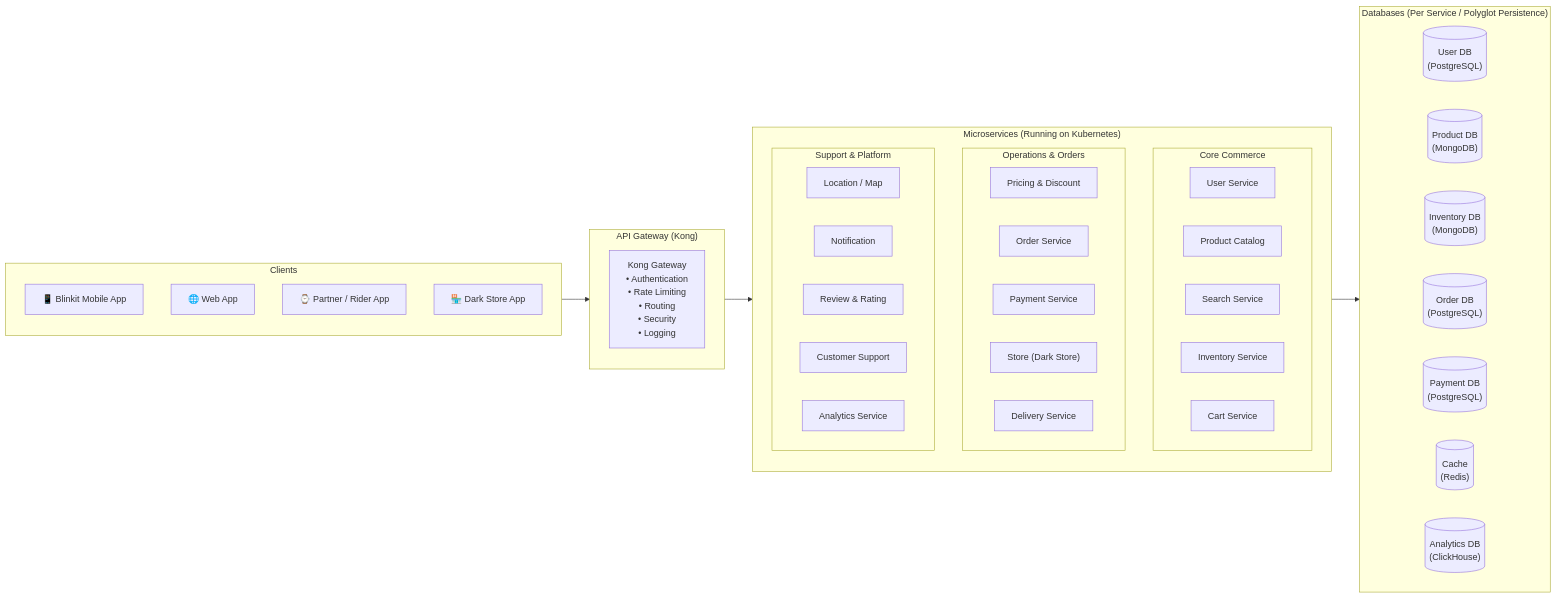
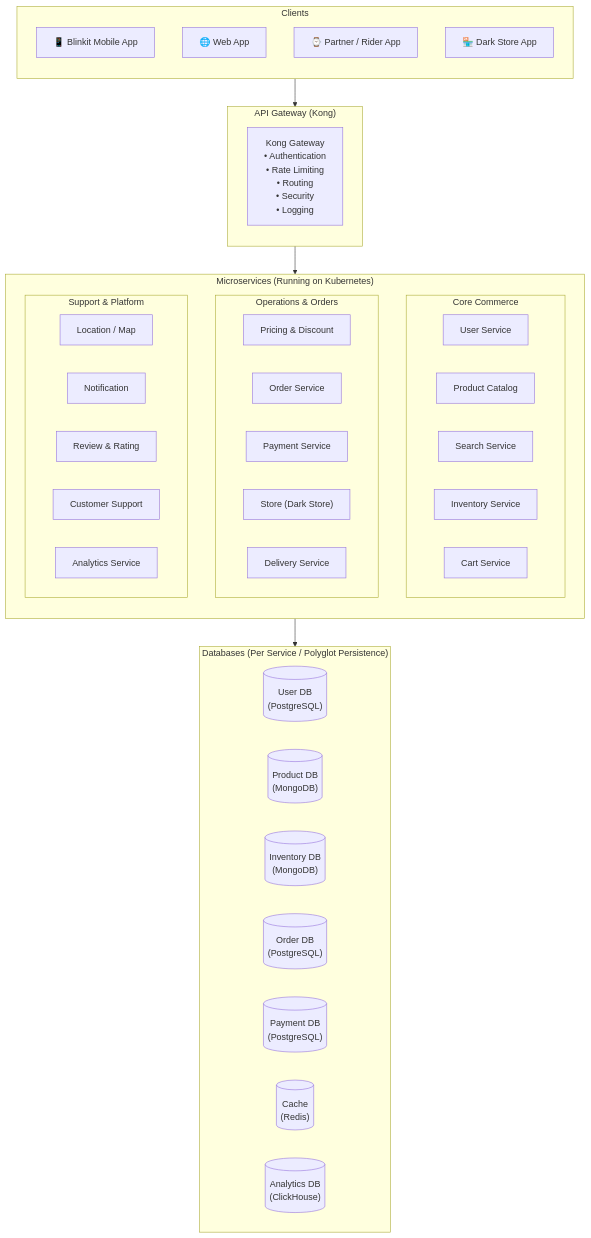
One commit to ZAWNAING22/System-Design changed the diagram in 15: Microservice Architecture.md. Above: the diagram before and after it, drawn with Mermaid.

Commit message:
Change flow direction in architecture diagram

````diff
--- a/15: Microservice Architecture.md
+++ b/15: Microservice Architecture.md
@@ -9,56 +9,56 @@
 ```mermaid
-flowchart LR
+flowchart TD
     subgraph Clients["Clients"]
-        direction TD
+        direction TB
         C1["📱 Blinkit Mobile App"]
         C2["🌐 Web App"]
         C3["⌚ Partner / Rider App"]
         C4["🏪 Dark Store App"]
     end
 
     subgraph Gateway["API Gateway (Kong)"]
         direction TB
         GW["Kong Gateway<br/>• Authentication<br/>• Rate Limiting<br/>• Routing<br/>• Security<br/>• Logging"]
     end
 
     subgraph K8s["Microservices (Running on Kubernetes)"]
         direction TB
         subgraph Row1["Core Commerce"]
             S_User["User Service"]
             S_Cat["Product Catalog"]
             S_Search["Search Service"]
             S_Inv["Inventory Service"]
             S_Cart["Cart Service"]
         end
         subgraph Row2["Operations & Orders"]
             S_Price["Pricing & Discount"]
             S_Order["Order Service"]
             S_Pay["Payment Service"]
             S_Store["Store (Dark Store)"]
             S_Deliv["Delivery Service"]
         end
         subgraph Row3["Support & Platform"]
             S_Loc["Location / Map"]
             S_Notif["Notification"]
             S_Rev["Review & Rating"]
             S_CS["Customer Support"]
             S_Analytics["Analytics Service"]
         end
     end
 
     subgraph DBs["Databases (Per Service / Polyglot Persistence)"]
         direction LR
         DB_User[("User DB<br/>(PostgreSQL)")]
         DB_Cat[("Product DB<br/>(MongoDB)")]
         DB_Inv[("Inventory DB<br/>(MongoDB)")]
         DB_Order[("Order DB<br/>(PostgreSQL)")]
         DB_Pay[("Payment DB<br/>(PostgreSQL)")]
         DB_Cache[("Cache<br/>(Redis)")]
         DB_OLAP[("Analytics DB<br/>(ClickHouse)")]
     end
 
     Clients --> Gateway
     Gateway --> K8s
     K8s --> DBs
 
 ```
````
